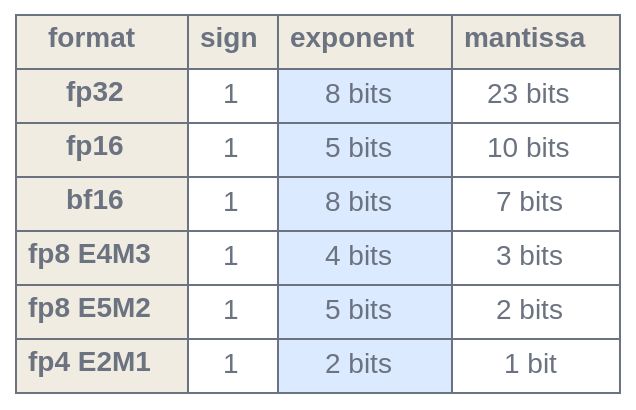
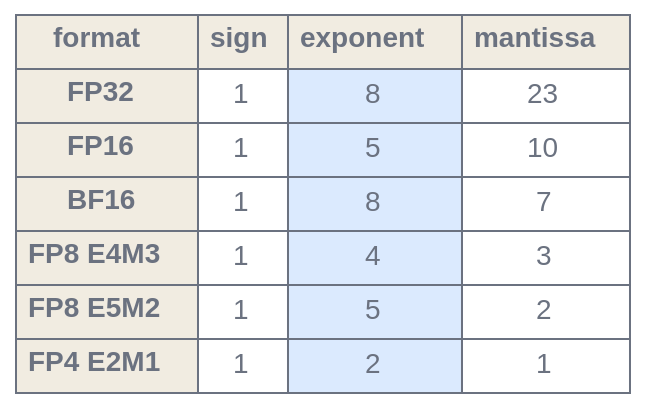
The fourth of 4 diagrams in en/foundations/06-training-at-scale.qmd (latere-ai/ai-as-an-infrastructure), drawn with Graphviz before and after one commit. The commit also changed other lines of this file and 12 other files, not shown here.

Commit message:
Rewrite training at scale chapter

````diff
--- a/en/foundations/06-training-at-scale.qmd
+++ b/en/foundations/06-training-at-scale.qmd
@@ -191,20 +376,20 @@
 ```{dot}
 //| label: fig-training-precision
-//| fig-cap: "Bit layouts of the training precisions. Sign, exponent, and mantissa fields drawn to width. bf16 inherits fp32's eight exponent bits, which is why it spans the same range without loss scaling. fp4's E2M1 keeps almost none, which is why the microscaling formats attach a scale factor to each small block of values."
+//| fig-cap: "Value-level bit layouts used in training. A complete numerical recipe also specifies accumulation dtypes, scaling granularity and history, and which operations remain in higher precision."
 digraph precision {
   bgcolor="transparent";
   rankdir=LR;
   node [shape=plaintext, fontname="Helvetica", fontcolor="#6b7280"];
   t [label=<
     <table border="0" cellborder="1" cellspacing="0" cellpadding="5" color="#6b7280">
       <tr><td bgcolor="#f1ece1"><b>format</b></td><td bgcolor="#f1ece1"><b>sign</b></td><td bgcolor="#f1ece1"><b>exponent</b></td><td bgcolor="#f1ece1"><b>mantissa</b></td></tr>
-      <tr><td bgcolor="#f1ece1"><b>fp32</b></td><td>1</td><td bgcolor="#dbeafe">8 bits</td><td>23 bits</td></tr>
-      <tr><td bgcolor="#f1ece1"><b>fp16</b></td><td>1</td><td bgcolor="#dbeafe">5 bits</td><td>10 bits</td></tr>
-      <tr><td bgcolor="#f1ece1"><b>bf16</b></td><td>1</td><td bgcolor="#dbeafe">8 bits</td><td>7 bits</td></tr>
-      <tr><td bgcolor="#f1ece1"><b>fp8 E4M3</b></td><td>1</td><td bgcolor="#dbeafe">4 bits</td><td>3 bits</td></tr>
-      <tr><td bgcolor="#f1ece1"><b>fp8 E5M2</b></td><td>1</td><td bgcolor="#dbeafe">5 bits</td><td>2 bits</td></tr>
-      <tr><td bgcolor="#f1ece1"><b>fp4 E2M1</b></td><td>1</td><td bgcolor="#dbeafe">2 bits</td><td>1 bit</td></tr>
+      <tr><td bgcolor="#f1ece1"><b>FP32</b></td><td>1</td><td bgcolor="#dbeafe">8</td><td>23</td></tr>
+      <tr><td bgcolor="#f1ece1"><b>FP16</b></td><td>1</td><td bgcolor="#dbeafe">5</td><td>10</td></tr>
+      <tr><td bgcolor="#f1ece1"><b>BF16</b></td><td>1</td><td bgcolor="#dbeafe">8</td><td>7</td></tr>
+      <tr><td bgcolor="#f1ece1"><b>FP8 E4M3</b></td><td>1</td><td bgcolor="#dbeafe">4</td><td>3</td></tr>
+      <tr><td bgcolor="#f1ece1"><b>FP8 E5M2</b></td><td>1</td><td bgcolor="#dbeafe">5</td><td>2</td></tr>
+      <tr><td bgcolor="#f1ece1"><b>FP4 E2M1</b></td><td>1</td><td bgcolor="#dbeafe">2</td><td>1</td></tr>
     </table>
   >];
 }
 ```
````
